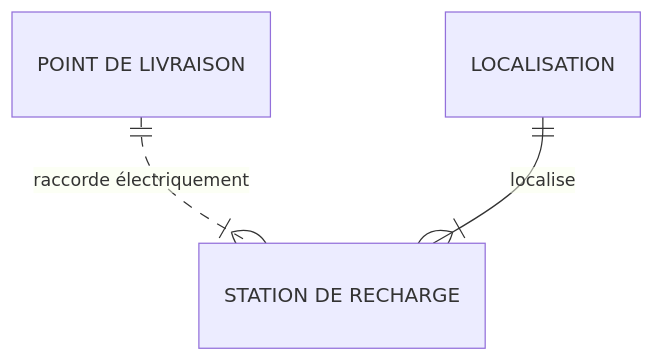
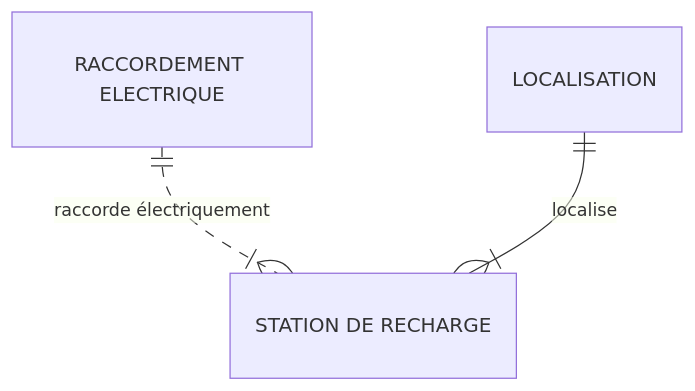
Before and after one commit to loco-philippe/IRVE: the second of 16 diagrams in indicateurs/files/donnees.md, drawn with Mermaid. The commit also changed other lines of this file, not shown here.

````diff
--- a/indicateurs/files/donnees.md
+++ b/indicateurs/files/donnees.md
@@ -79,5 +79,5 @@
 ```mermaid
 erDiagram
-    "POINT DE LIVRAISON" ||..|{ "STATION DE RECHARGE" : "raccorde électriquement"
+    "RACCORDEMENT ELECTRIQUE" ||..|{ "STATION DE RECHARGE" : "raccorde électriquement"
     LOCALISATION ||--|{ "STATION DE RECHARGE": "localise"
 ```
````
